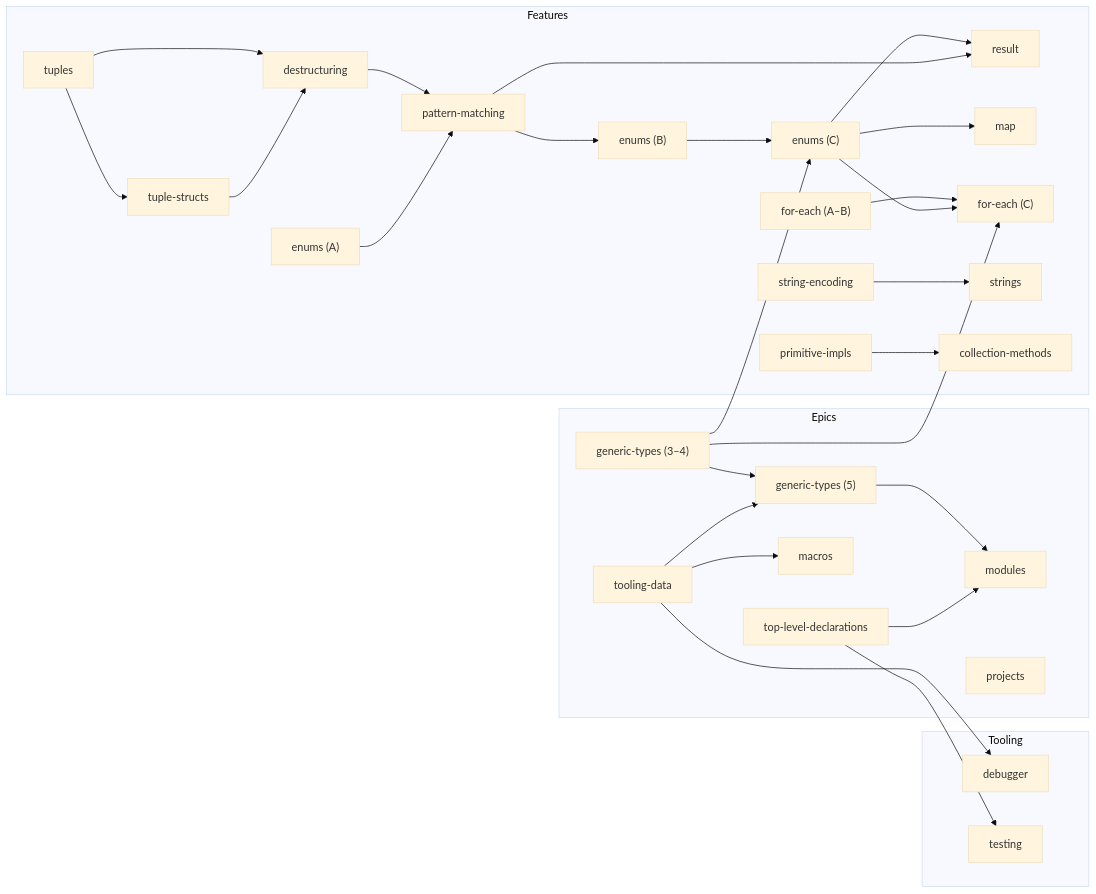
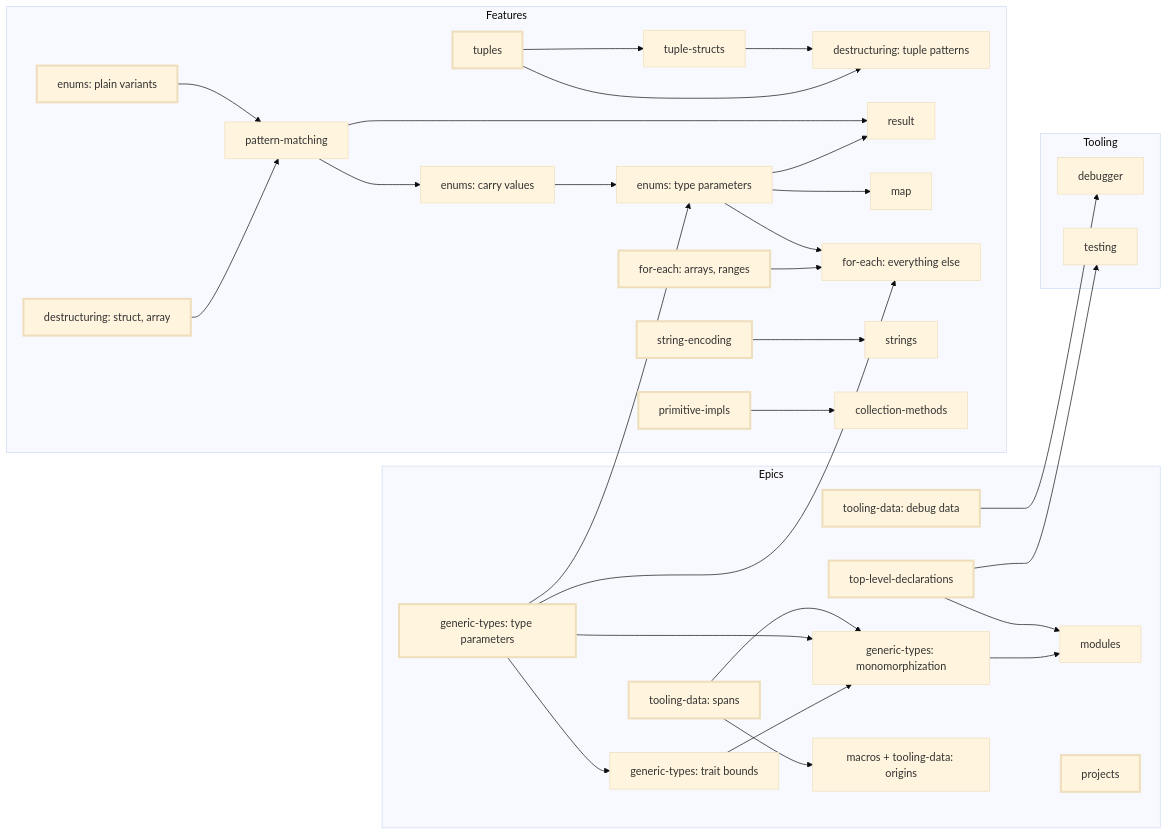
Before and after one commit to kirbylang/proposals: the diagram in ROADMAP.md, drawn with Mermaid (base theme). The commit also changed other lines of this file and 1 other file, not shown here.

Commit message:
Reorganize roadmap

````diff
--- a/ROADMAP.md
+++ b/ROADMAP.md
@@ -78,56 +139,66 @@
 ```mermaid
 flowchart LR
   subgraph Epics
     topLevel[top-level-declarations]
-    tooling[tooling-data]
-    generics34["generic-types (3–4)"]
-    generics5["generic-types (5)"]
-    macros
+    tdSpans["tooling-data: spans"]
+    tdDebug["tooling-data: debug data"]
+    gtParams["generic-types: type parameters"]
+    gtBounds["generic-types: trait bounds"]
+    gtMono["generic-types: monomorphization"]
+    macros["macros + tooling-data: origins"]
     modules
     projects
   end
   subgraph Features
     tuples
     tupleStructs[tuple-structs]
-    destructuring
+    deCore["destructuring: struct, array"]
+    deTuple["destructuring: tuple patterns"]
     patternMatching[pattern-matching]
-    enumsA["enums (A)"]
-    enumsB["enums (B)"]
-    enumsC["enums (C)"]
+    enumsA["enums: plain variants"]
+    enumsB["enums: carry values"]
+    enumsC["enums: type parameters"]
     result
     map
-    forEachAB["for-each (A–B)"]
-    forEachC["for-each (C)"]
+    feAB["for-each: arrays, ranges"]
+    feC["for-each: everything else"]
     stringEncoding[string-encoding]
     strings
     primitiveImpls[primitive-impls]
     collectionMethods[collection-methods]
   end
   subgraph Tooling
     debugger
     testing
   end
-  generics34 --> generics5
-  tooling --> generics5
-  tooling --> macros
-  generics5 --> modules
+  gtParams --> gtBounds
+  gtBounds --> gtMono
+  gtParams --> gtMono
+  tdSpans --> gtMono
+  tdSpans --> macros
+  gtMono --> modules
   topLevel --> modules
   tuples --> tupleStructs
-  tuples --> destructuring
-  tupleStructs --> destructuring
-  destructuring --> patternMatching
+  tuples --> deTuple
+  tupleStructs --> deTuple
+  deCore --> patternMatching
   enumsA --> patternMatching
   patternMatching --> enumsB
   enumsB --> enumsC
-  generics34 --> enumsC
+  gtParams --> enumsC
   enumsC --> result
   patternMatching --> result
   enumsC --> map
-  forEachAB --> forEachC
-  enumsC --> forEachC
-  generics34 --> forEachC
+  feAB --> feC
+  enumsC --> feC
+  gtParams --> feC
   stringEncoding --> strings
   primitiveImpls --> collectionMethods
-  tooling --> debugger
+  tdDebug --> debugger
   topLevel --> testing
+
+  classDef done fill:#9be29b,stroke:#2e7d32
+  classDef inProgress stroke-dasharray:5 3,stroke-width:2px
+  classDef ready stroke-width:3px
+  class topLevel,tdSpans,tdDebug,gtParams,projects,tuples,deCore,enumsA,feAB,stringEncoding,primitiveImpls ready
 ```
````
